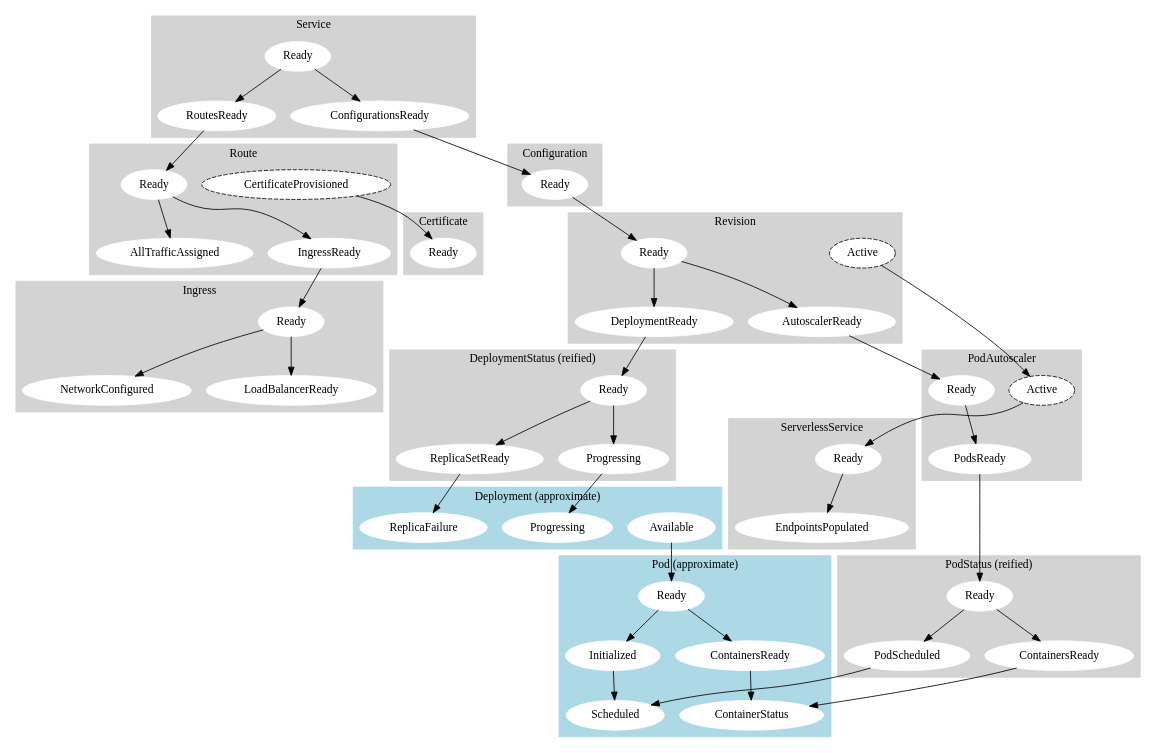
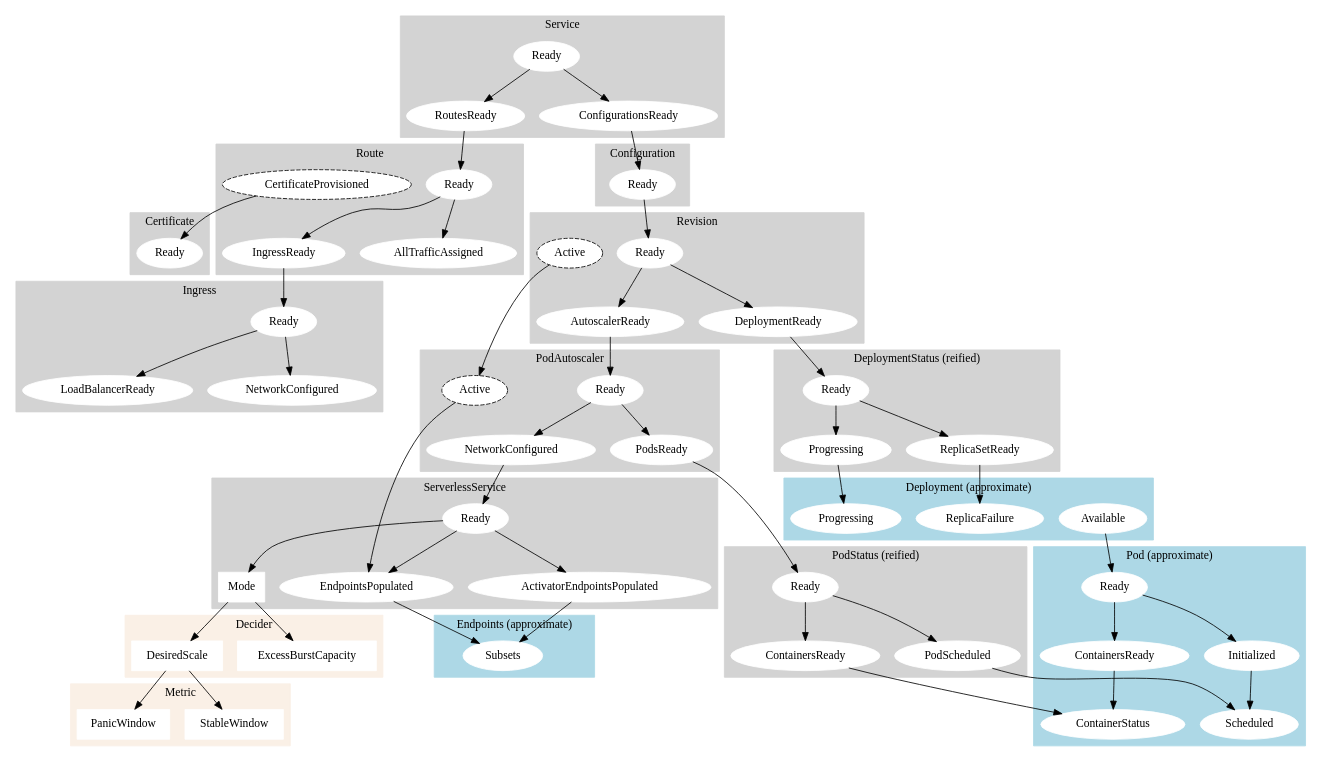
One commit to jonjohnsonjr/graphviz changed the diagram in src/proposed-lifecycle.dot. Above: the diagram before and after it, drawn with Graphviz. The commit also changed other lines of this file and 9 other files, not shown here.

```diff
--- a/src/proposed-lifecycle.dot
+++ b/src/proposed-lifecycle.dot
@@ -59,17 +59,6 @@
     IngressConditionReady -> IngressConditionLoadBalancerReady
   }
 
-  subgraph cluster_kpa {
-    label = "PodAutoscaler";
-    href="https://godoc.org/github.com/knative/serving/pkg/apis/autoscaling/v1alpha1#PodAutoscalerStatus"
-
-    PodAutoscalerConditionReady [label=Ready, href="https://godoc.org/github.com/knative/serving/pkg/apis/autoscaling/v1alpha1#PodAutoscalerConditionReady"]
-    PodAutoscalerConditionActive [label=Active, href="https://godoc.org/github.com/knative/serving/pkg/apis/autoscaling/v1alpha1#PodAutoscalerConditionActive",style="filled,dashed",fillcolor=white,color=black]
-    PodAutoscalerConditionPodsReady [label=PodsReady]
-
-    PodAutoscalerConditionReady -> PodAutoscalerConditionPodsReady 
-  }
-
   subgraph cluster_certificate {
     label = "Certificate";
     href="https://godoc.org/github.com/knative/serving/pkg/apis/networking/v1alpha1#CertificateStatus"
@@ -77,14 +66,53 @@
     CertificateConditionReady [label=Ready, href="https://godoc.org/github.com/knative/serving/pkg/apis/networking/v1alpha1#CertificateConditionReady"]
   }
 
+  subgraph cluster_kpa {
+    label = "PodAutoscaler";
+    href="https://godoc.org/github.com/knative/serving/pkg/apis/autoscaling/v1alpha1#PodAutoscalerStatus"
+
+    PodAutoscalerConditionReady [label=Ready, href="https://godoc.org/github.com/knative/serving/pkg/apis/autoscaling/v1alpha1#PodAutoscalerConditionReady"]
+    PodAutoscalerConditionSKSReady [label=NetworkConfigured, href="https://godoc.org/github.com/knative/serving/pkg/apis/autoscaling/v1alpha1#PodAutoscalerConditionReady"]
+    PodAutoscalerConditionPodsReady [label=PodsReady]
+
+    PodAutoscalerConditionActive [label=Active, style="filled,dashed", fillcolor=white, color=black, href="https://godoc.org/github.com/knative/serving/pkg/apis/autoscaling/v1alpha1#PodAutoscalerConditionActive"]
+
+    PodAutoscalerConditionReady -> PodAutoscalerConditionSKSReady
+    PodAutoscalerConditionReady -> PodAutoscalerConditionPodsReady 
+
+  }
+
+  subgraph cluster_decider {
+    label = "Decider";
+    href="https://godoc.org/github.com/knative/serving/pkg/autoscaler#DeciderStatus"
+    style = filled
+    color = linen
+
+    DeciderDesiredScale [label=DesiredScale, shape=box, href="https://godoc.org/github.com/knative/serving/pkg/autoscaler#DeciderStatus.DesiredScale"]
+    DeciderExcessBurstCapacity [label=ExcessBurstCapacity, shape=box, href="https://godoc.org/github.com/knative/serving/pkg/autoscaler#DeciderStatus.ExcessBurstCapacity"]
+  }
+
+  subgraph cluster_metric {
+    label = "Metric";
+    href="https://godoc.org/github.com/knative/serving/pkg/apis/autoscaling/v1alpha1#MetricStatus"
+    style = filled
+    color = linen
+
+    MetricStableWindow [label=StableWindow, shape=box, href="https://godoc.org/github.com/knative/serving/pkg/apis/autoscaling/v1alpha1#MetricStableWindow"]
+    MetricPanicWindow [label=PanicWindow, shape=box, href="https://godoc.org/github.com/knative/serving/pkg/apis/autoscaling/v1alpha1#MetricPanicWindow"]
+  }
+
   subgraph cluster_sks {
     label = "ServerlessService";
     href="https://godoc.org/github.com/knative/serving/pkg/apis/networking/v1alpha1#ServerlessServiceStatus"
 
     ServerlessServiceConditionReady [label=Ready, href="https://godoc.org/github.com/knative/serving/pkg/apis/networking/v1alpha1#ServerlessServiceConditionReady"]
-    ServerlessServiceConditionEndspointsPopulated [label=EndpointsPopulated, href="https://godoc.org/github.com/knative/serving/pkg/apis/networking/v1alpha1#ServerlessServiceConditionEndspointsPopulated"]
+    ServerlessServiceConditionEndspointsPopulated [label="EndpointsPopulated", href="https://godoc.org/github.com/knative/serving/pkg/apis/networking/v1alpha1#ServerlessServiceConditionEndspointsPopulated"]
+    ServerlessServiceConditionActivatorEndspointsPopulated [label=ActivatorEndpointsPopulated, href="https://godoc.org/github.com/knative/serving/pkg/apis/networking/v1alpha1#ServerlessServiceConditionActivatorEndspointsPopulated"]
+    ServerlessServiceMode [label=Mode, shape=box, href="https://godoc.org/github.com/knative/serving/pkg/apis/networking/v1alpha1#ServerlessServiceSpec.Mode"]
 
     ServerlessServiceConditionReady -> ServerlessServiceConditionEndspointsPopulated
+    ServerlessServiceConditionReady -> ServerlessServiceConditionActivatorEndspointsPopulated
+    ServerlessServiceConditionReady -> ServerlessServiceMode
   }
 
   subgraph cluster_pods {
@@ -114,6 +142,15 @@
     DeploymentAvailable [label=Available, href="https://godoc.org/k8s.io/api/apps/v1#DeploymentAvailable"]
     DeploymentProgressing [label=Progressing, href="https://godoc.org/k8s.io/api/apps/v1#DeploymentProgressing"]
     DeploymentReplicaFailure [label=ReplicaFailure, href="https://godoc.org/k8s.io/api/apps/v1#DeploymentReplicaFailure"]
+  }
+
+  subgraph cluster_endpoints {
+    label = "Endpoints (approximate)";
+    href = "https://godoc.org/k8s.io/api/apps/v1#Endpoints"
+    style = filled
+    color = lightblue
+
+    EndpointsSubsets [label=Subsets, href="https://godoc.org/k8s.io/api/apps/v1#Endpoints.Subsets"]
   }
 
   subgraph cluster_deploymentstatus {
@@ -151,8 +188,19 @@
 
   RevisionConditionActive -> PodAutoscalerConditionActive
 
-  PodAutoscalerConditionActive -> ServerlessServiceConditionReady
+  PodAutoscalerConditionActive -> ServerlessServiceConditionEndspointsPopulated
+  PodAutoscalerConditionSKSReady -> ServerlessServiceConditionReady
   PodAutoscalerConditionPodsReady -> PodStatusReady
+
+  DeciderDesiredScale -> MetricStableWindow
+  DeciderDesiredScale -> MetricPanicWindow
+
+  ServerlessServiceConditionEndspointsPopulated -> EndpointsSubsets
+
+  ServerlessServiceMode -> DeciderExcessBurstCapacity
+  ServerlessServiceMode -> DeciderDesiredScale
+
+  ServerlessServiceConditionActivatorEndspointsPopulated -> EndpointsSubsets
 
   DeploymentAvailable -> PodReady
 
```
